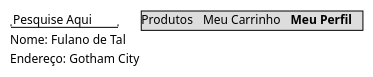
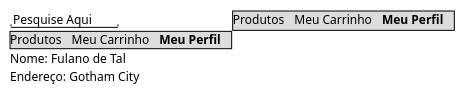
Before and after one commit to JoseCarlosDeJesus/PLANTUML-features: the diagram in EstudoDeCasoSimples/perfil.puml, drawn with PlantUML. The commit also changed 2 other files, not shown here.

```diff
--- a/EstudoDeCasoSimples/perfil.puml
+++ b/EstudoDeCasoSimples/perfil.puml
@@ -1,12 +1,17 @@
 @startsalt perfil
 {
     "Pesquise Aqui" |
     
     {* 
       Produtos | Meu Carrinho | <b>Meu Perfil
     }
+
+    {*
+      Produtos | Meu Carrinho | <b>Meu Perfil
+    }
+
    
     Nome: Fulano de Tal
     Endereço: Gotham City
 }
 @endsalt
```
